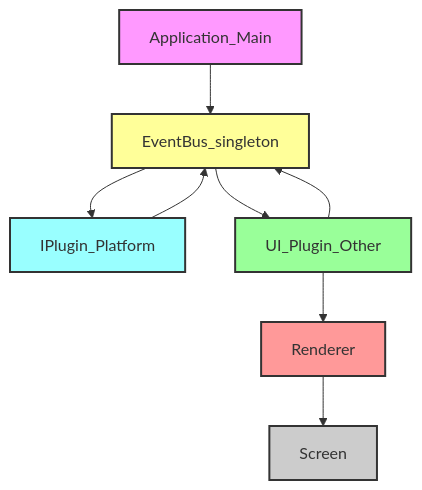
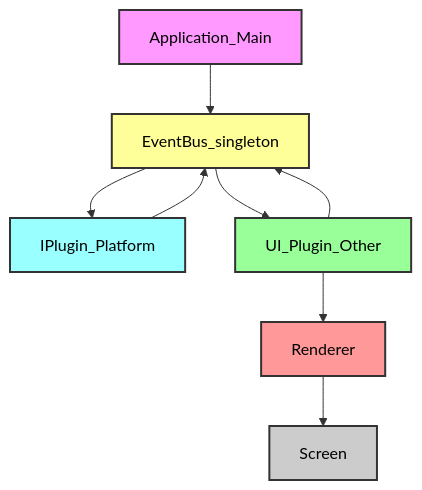
The diagram in README.md (BobroveITGroup/UI_CORE), drawn with Mermaid before and after one commit.

````diff
--- a/README.md
+++ b/README.md
@@ -49,17 +49,17 @@
 ```mermaid
 flowchart TD
     A[Application_Main] --> B[EventBus_singleton]
     B --> C[IPlugin_Platform]
     C --> B
     B --> D[UI_Plugin_Other]
     D --> B
     D --> E[Renderer]
     E --> F[Screen]
 
-    style A fill:#f9f,stroke:#333,stroke-width:2px
-    style B fill:#ff9,stroke:#333,stroke-width:2px
-    style C fill:#9ff,stroke:#333,stroke-width:2px
-    style D fill:#9f9,stroke:#333,stroke-width:2px
-    style E fill:#f99,stroke:#333,stroke-width:2px
-    style F fill:#ccc,stroke:#333,stroke-width:2px
+    style A fill:#f9f,stroke:#333,stroke-width:2px,color:#000
+    style B fill:#ff9,stroke:#333,stroke-width:2px,color:#000
+    style C fill:#9ff,stroke:#333,stroke-width:2px,color:#000
+    style D fill:#9f9,stroke:#333,stroke-width:2px,color:#000
+    style E fill:#f99,stroke:#333,stroke-width:2px,color:#000
+    style F fill:#ccc,stroke:#333,stroke-width:2px,color:#000
 ```
````
